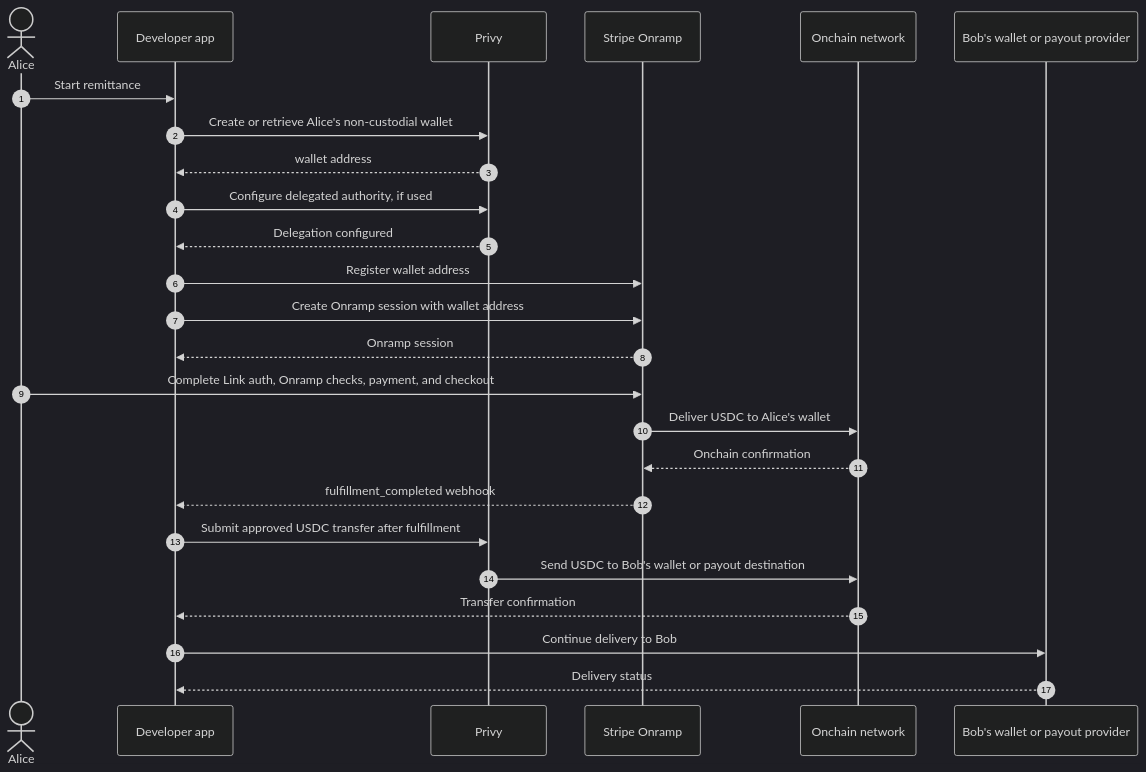
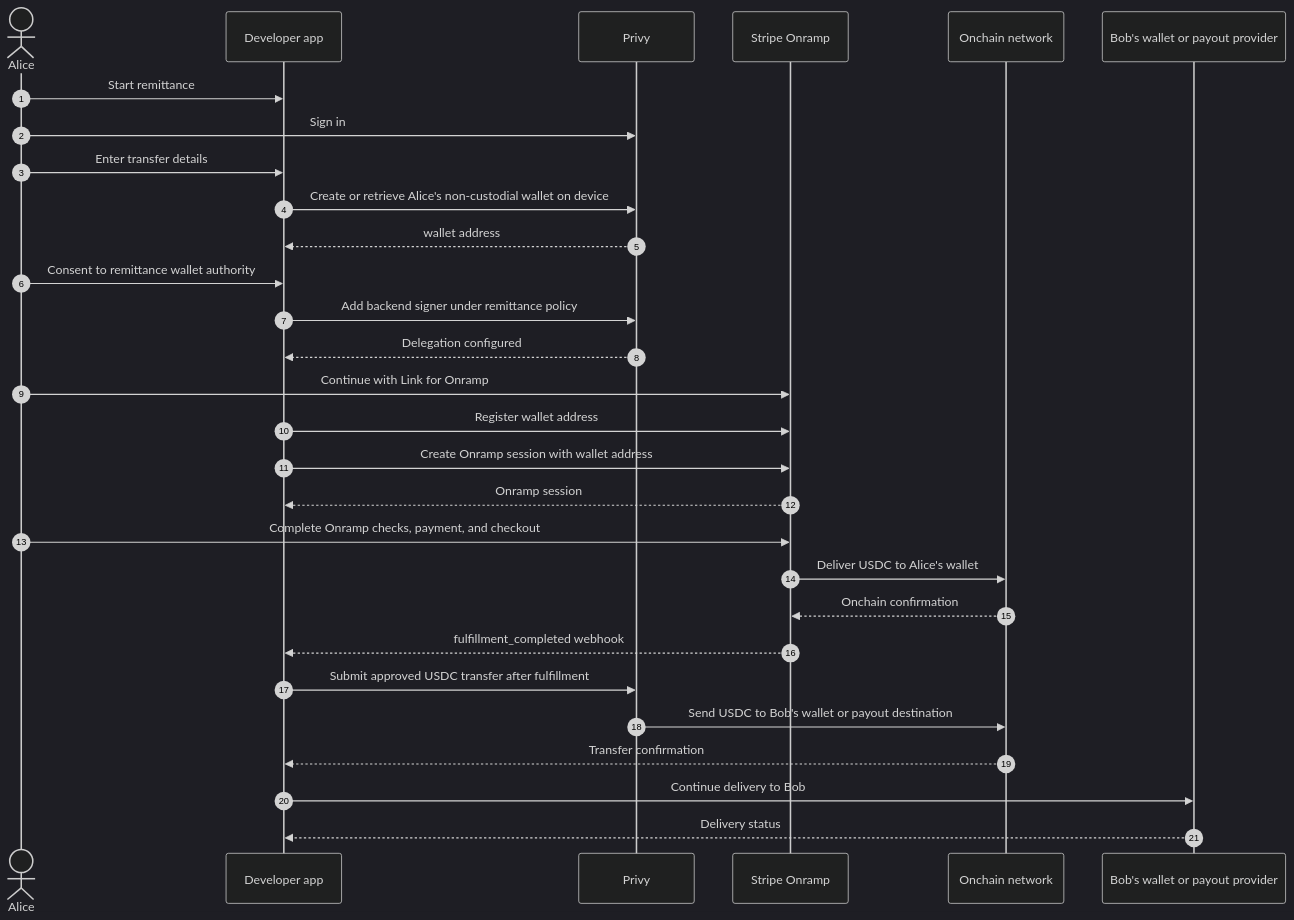
The diagram in remittance-privy-onramp/docs/stablecoin-remittance-recipe.md (stripe-samples/crypto-embedded-components-onramp), drawn with Mermaid (dark theme) before and after one commit. The commit also changed other lines of this file and 28 other files, not shown here.

Commit message:
Move Privy wallet setup into the client app (#40)

````diff
--- a/remittance-privy-onramp/docs/stablecoin-remittance-recipe.md
+++ b/remittance-privy-onramp/docs/stablecoin-remittance-recipe.md
@@ -40,30 +43,34 @@
 ```mermaid
 sequenceDiagram
   autonumber
   actor Alice
   participant App as Developer app
   participant Privy
   participant Stripe as Stripe Onramp
   participant Chain as Onchain network
   participant Downstream as Bob's wallet or payout provider
 
   Alice->>App: Start remittance
-  App->>Privy: Create or retrieve Alice's non-custodial wallet
+  Alice->>Privy: Sign in
+  Alice->>App: Enter transfer details
+  App->>Privy: Create or retrieve Alice's non-custodial wallet on device
   Privy-->>App: wallet address
-  App->>Privy: Configure delegated authority, if used
+  Alice->>App: Consent to remittance wallet authority
+  App->>Privy: Add backend signer under remittance policy
   Privy-->>App: Delegation configured
 
+  Alice->>Stripe: Continue with Link for Onramp
   App->>Stripe: Register wallet address
   App->>Stripe: Create Onramp session with wallet address
   Stripe-->>App: Onramp session
-  Alice->>Stripe: Complete Link auth, Onramp checks, payment, and checkout
+  Alice->>Stripe: Complete Onramp checks, payment, and checkout
   Stripe->>Chain: Deliver USDC to Alice's wallet
   Chain-->>Stripe: Onchain confirmation
   Stripe-->>App: fulfillment_completed webhook
 
   App->>Privy: Submit approved USDC transfer after fulfillment
   Privy->>Chain: Send USDC to Bob's wallet or payout destination
   Chain-->>App: Transfer confirmation
   App->>Downstream: Continue delivery to Bob
   Downstream-->>App: Delivery status
 ```
````
